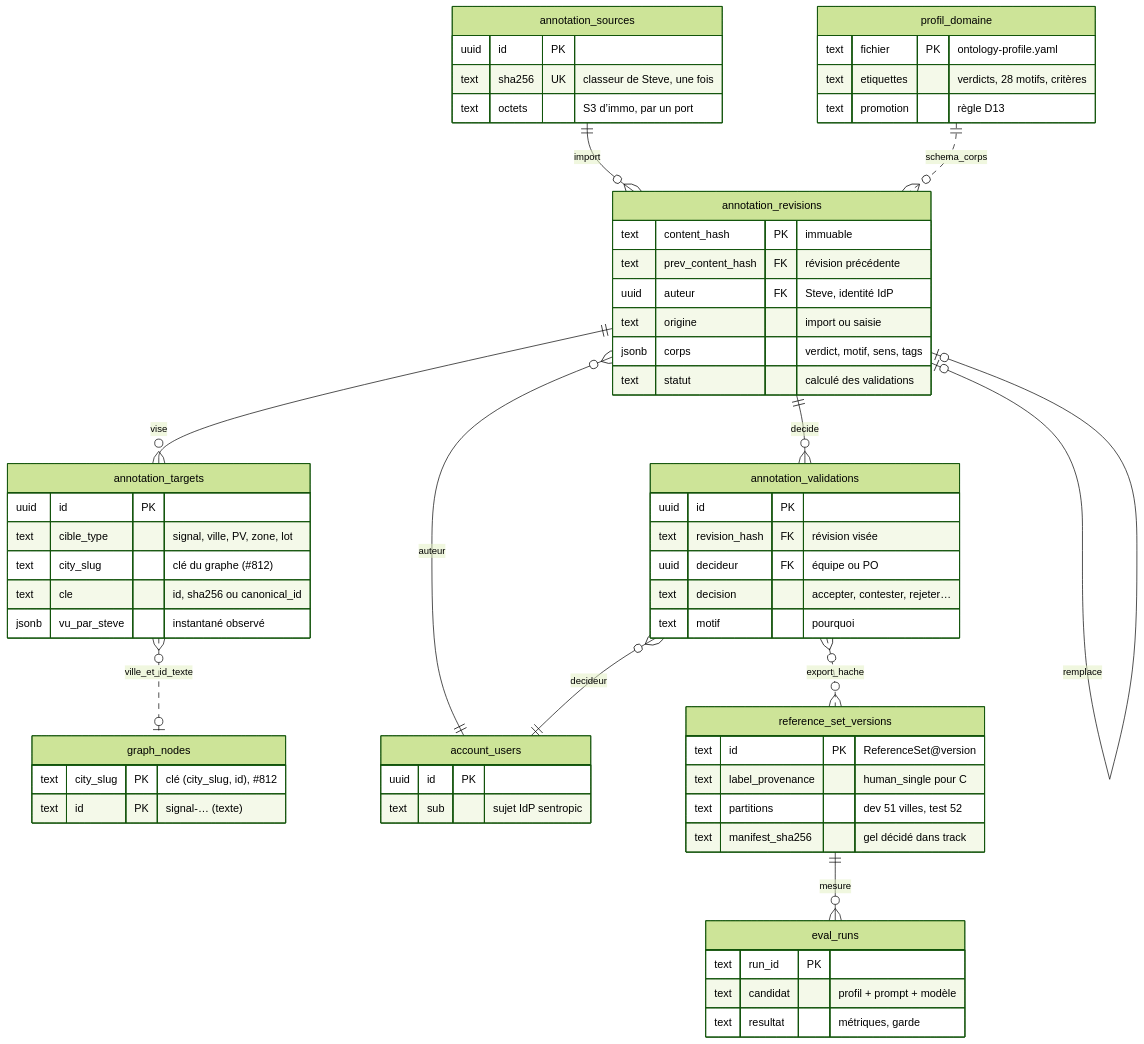
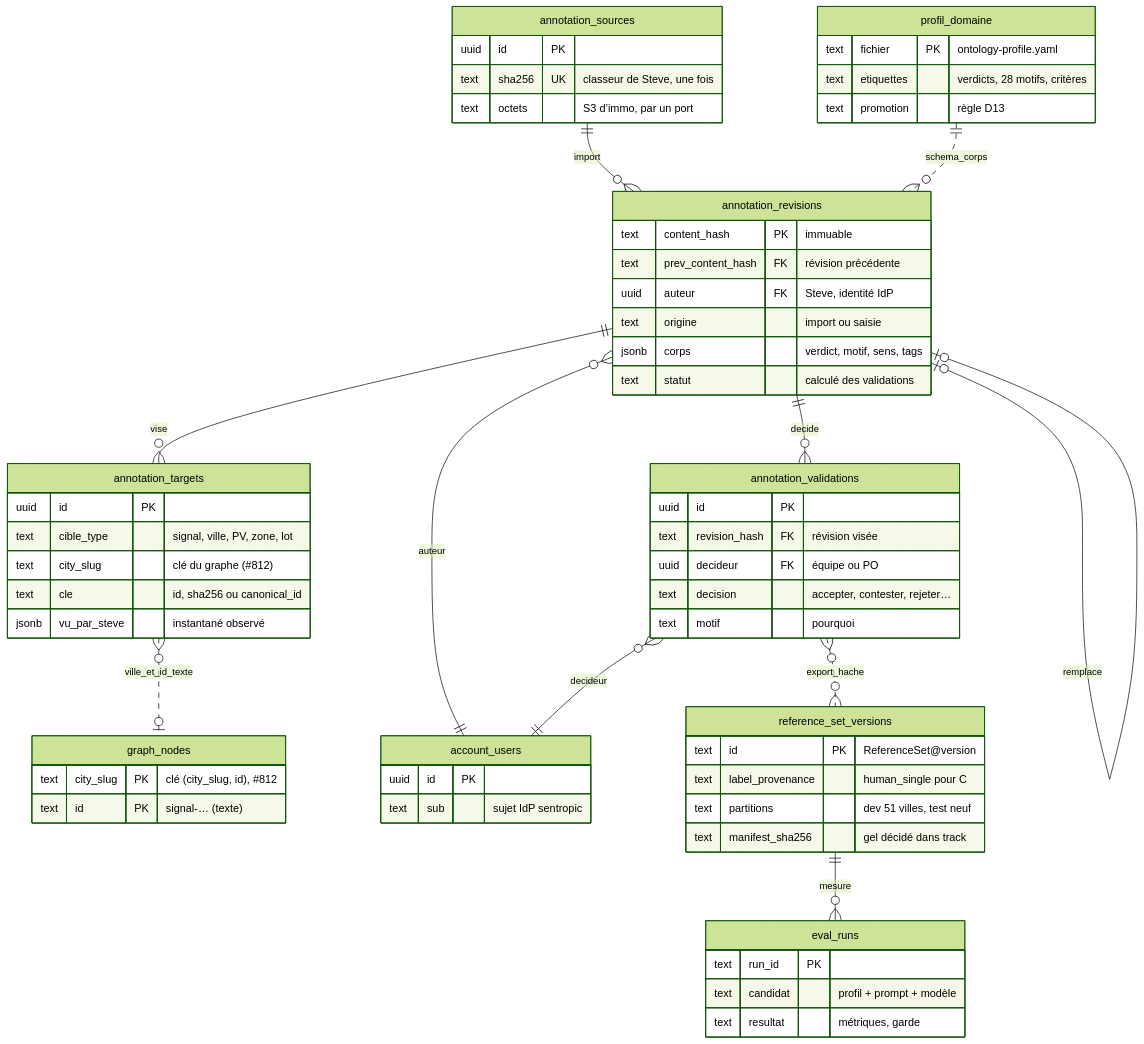
Before and after one commit to rhanka/radar-immobilier: the third of 13 diagrams in docs/spec/reports/dossier-retours-steve/DOSSIER_DECISION_RETOURS_STEVE_2026-10-03.md, drawn with Mermaid (forest theme). The commit also changed other lines of this file and 11 other files, not shown here.

````diff
--- a/docs/spec/reports/dossier-retours-steve/DOSSIER_DECISION_RETOURS_STEVE_2026-10-03.md
+++ b/docs/spec/reports/dossier-retours-steve/DOSSIER_DECISION_RETOURS_STEVE_2026-10-03.md
@@ -1007,64 +1034,64 @@
 ```mermaid
 erDiagram
     annotation_sources ||--o{ annotation_revisions : import
     annotation_revisions |o--o| annotation_revisions : remplace
     annotation_revisions ||--o{ annotation_validations : decide
     annotation_revisions ||--o{ annotation_targets : vise
     annotation_targets }o..o| graph_nodes : ville_et_id_texte
     annotation_revisions }o--|| account_users : auteur
     annotation_validations }o--|| account_users : decideur
     profil_domaine ||..o{ annotation_revisions : schema_corps
     annotation_validations }o..o{ reference_set_versions : export_hache
     reference_set_versions ||--o{ eval_runs : mesure
     annotation_sources {
       uuid id PK
       text sha256 UK "classeur de Steve, une fois"
       text octets "S3 d’immo, par un port"
     }
     annotation_revisions {
       text content_hash PK "immuable"
       text prev_content_hash FK "révision précédente"
       uuid auteur FK "Steve, identité IdP"
       text origine "import ou saisie"
       jsonb corps "verdict, motif, sens, tags"
       text statut "calculé des validations"
     }
     annotation_validations {
       uuid id PK
       text revision_hash FK "révision visée"
       uuid decideur FK "équipe ou PO"
       text decision "accepter, contester, rejeter…"
       text motif "pourquoi"
     }
     annotation_targets {
       uuid id PK
       text cible_type "signal, ville, PV, zone, lot"
       text city_slug "clé du graphe (#812)"
       text cle "id, sha256 ou canonical_id"
       jsonb vu_par_steve "instantané observé"
     }
     profil_domaine {
       text fichier PK "ontology-profile.yaml"
       text etiquettes "verdicts, 28 motifs, critères"
       text promotion "règle D13"
     }
     account_users {
       uuid id PK
       text sub "sujet IdP sentropic"
     }
     graph_nodes {
       text city_slug PK "clé (city_slug, id), #812"
       text id PK "signal-… (texte)"
     }
     reference_set_versions {
       text id PK "ReferenceSet@version"
       text label_provenance "human_single pour C"
-      text partitions "dev 51 villes, test 52"
+      text partitions "dev 51 villes, test neuf"
       text manifest_sha256 "gel décidé dans track"
     }
     eval_runs {
       text run_id PK
       text candidat "profil + prompt + modèle"
       text resultat "métriques, garde"
     }
 ```
````
